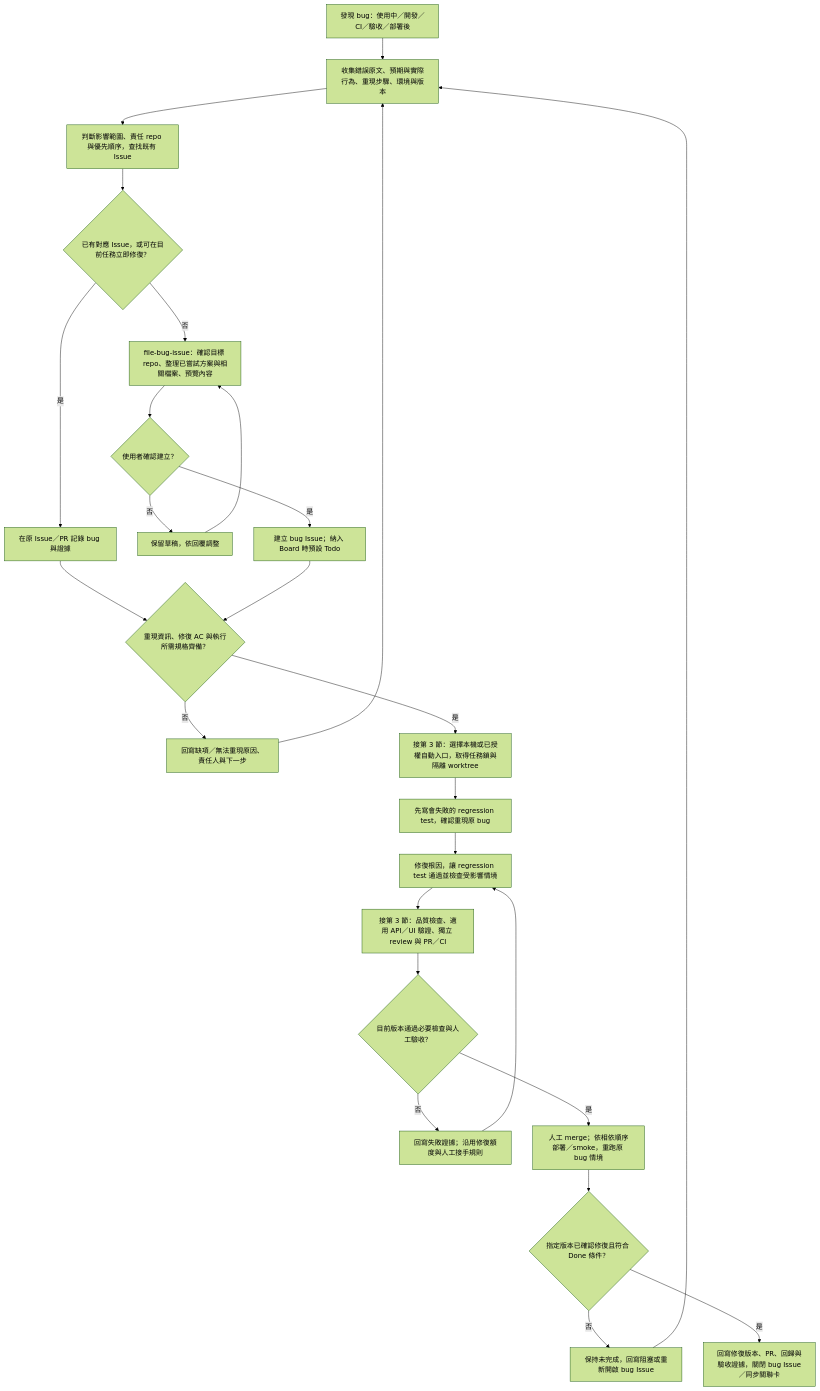
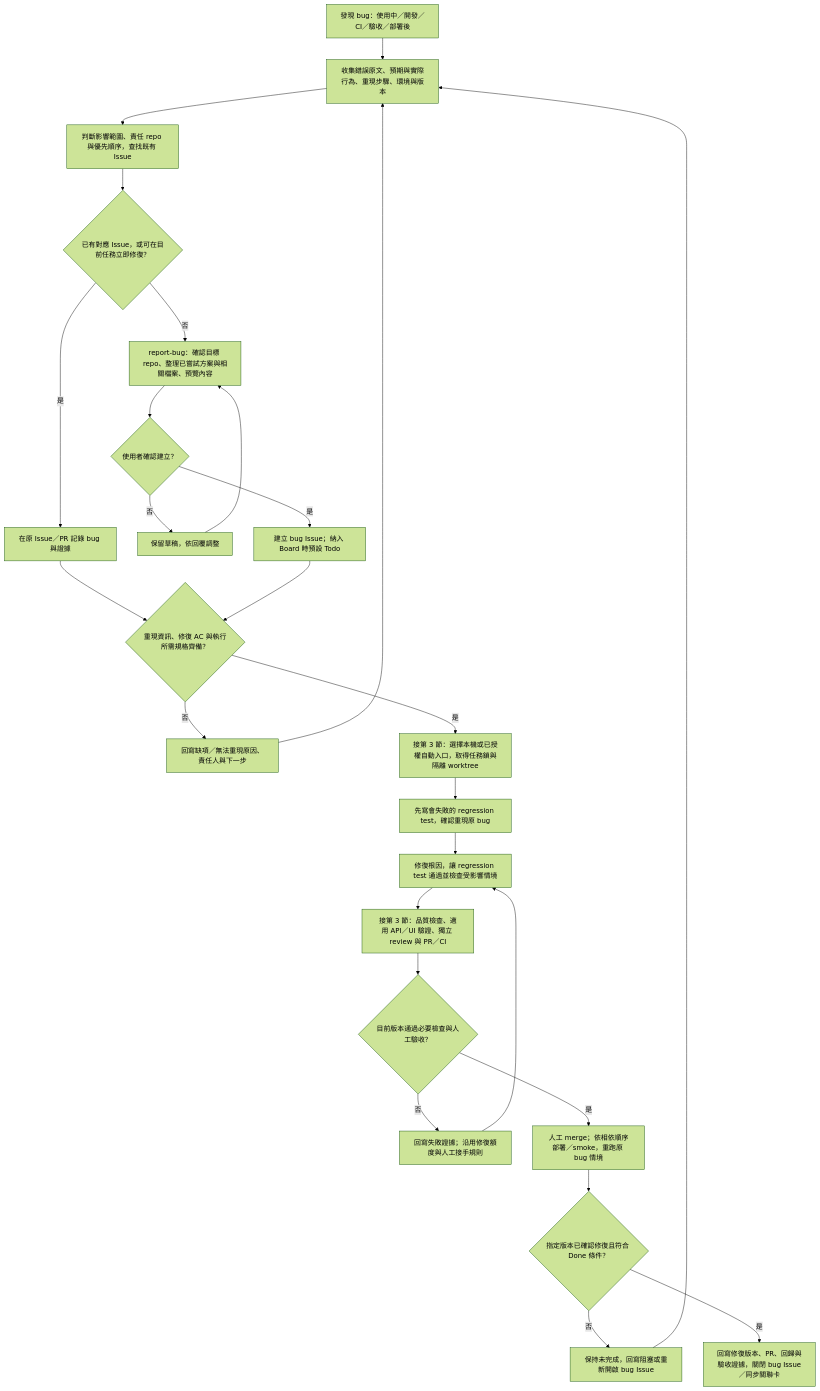
One commit to daodaoedu/daodao changed the fourth of 7 diagrams in docs/automation/development-workflow-diagrams.md. Above: the diagram before and after it, drawn with Mermaid (forest theme). The commit also changed other lines of this file and 79 other files, not shown here.

````diff
--- a/docs/automation/development-workflow-diagrams.md
+++ b/docs/automation/development-workflow-diagrams.md
@@ -120,28 +120,28 @@
 ```mermaid
 flowchart TD
     FOUND["發現 bug：使用中／開發／CI／驗收／部署後"] --> INFO["收集錯誤原文、預期與實際行為、重現步驟、環境與版本"]
     INFO --> TRIAGE["判斷影響範圍、責任 repo 與優先順序，查找既有 Issue"]
     TRIAGE --> TRACK{"已有對應 Issue，或可在目前任務立即修復？"}
     TRACK -->|是| EXIST["在原 Issue／PR 記錄 bug 與證據"]
-    TRACK -->|否| DRAFT["file-bug-issue：確認目標 repo、整理已嘗試方案與相關檔案、預覽內容"]
+    TRACK -->|否| DRAFT["report-bug：確認目標 repo、整理已嘗試方案與相關檔案、預覽內容"]
     DRAFT --> APPROVE{"使用者確認建立？"}
     APPROVE -->|否| KEEP["保留草稿，依回覆調整"]
     KEEP --> DRAFT
     APPROVE -->|是| ISSUE["建立 bug Issue；納入 Board 時預設 Todo"]
     EXIST --> READY{"重現資訊、修復 AC 與執行所需規格齊備？"}
     ISSUE --> READY
     READY -->|否| NEED["回寫缺項／無法重現原因、責任人與下一步"]
     NEED --> INFO
     READY -->|是| ENTRY["接第 3 節：選擇本機或已授權自動入口，取得任務鎖與隔離 worktree"]
     ENTRY --> RED["先寫會失敗的 regression test，確認重現原 bug"]
     RED --> FIX["修復根因，讓 regression test 通過並檢查受影響情境"]
     FIX --> VERIFY["接第 3 節：品質檢查、適用 API／UI 驗證、獨立 review 與 PR／CI"]
     VERIFY --> ACCEPT{"目前版本通過必要檢查與人工驗收？"}
     ACCEPT -->|否| RETRY["回寫失敗證據；沿用修復額度與人工接手規則"]
     RETRY --> FIX
     ACCEPT -->|是| DEPLOY["人工 merge；依相依順序部署／smoke，重跑原 bug 情境"]
     DEPLOY --> RESOLVED{"指定版本已確認修復且符合 Done 條件？"}
     RESOLVED -->|否| OPEN["保持未完成，回寫阻塞或重新開啟 bug Issue"]
     OPEN --> INFO
     RESOLVED -->|是| CLOSE["回寫修復版本、PR、回歸與驗收證據，關閉 bug Issue／同步關聯卡"]
 ```
````
